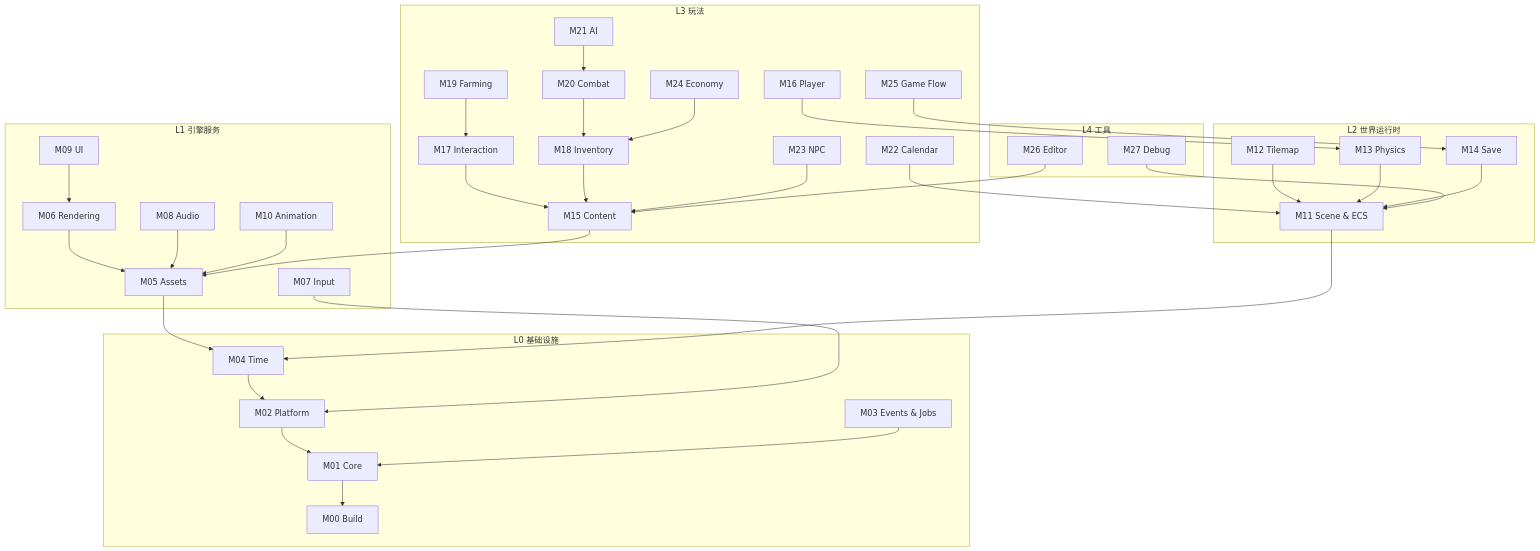
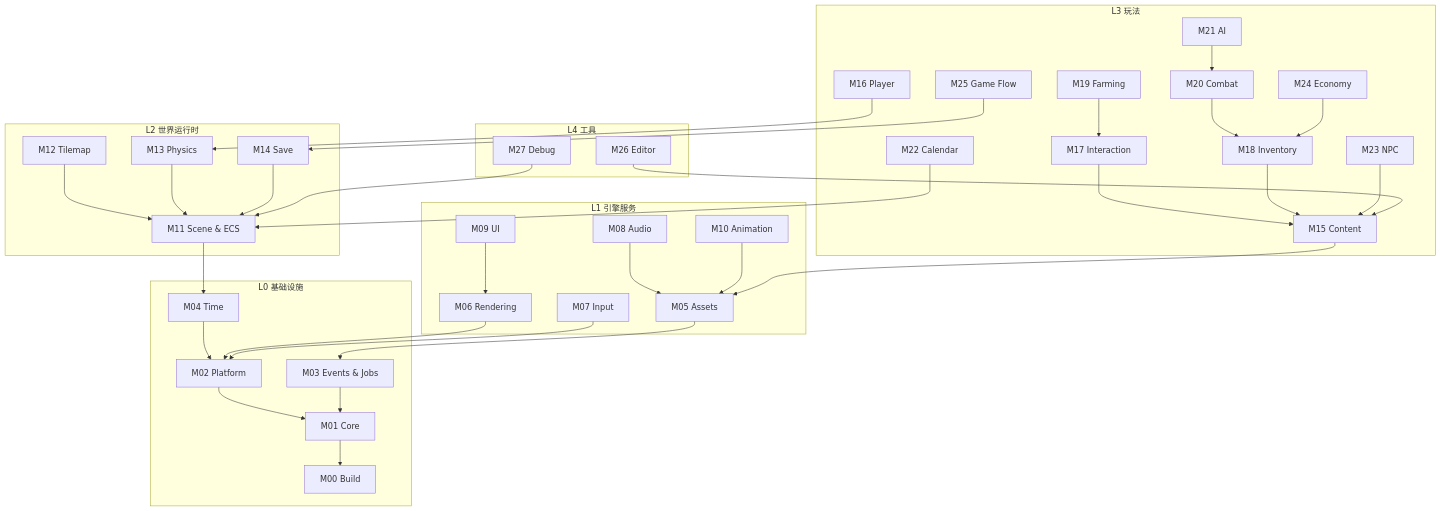
One commit to Narciostyx/Florian-s-Adventure changed the diagram in docs/architecture/module-map.md. Above: the diagram before and after it, drawn with Mermaid. The commit also changed other lines of this file and 10 other files, not shown here.

````diff
--- a/docs/architecture/module-map.md
+++ b/docs/architecture/module-map.md
@@ -40,68 +40,68 @@
 ```mermaid
 flowchart TB
   subgraph L0[L0 基础设施]
     M00[M00 Build]
     M01[M01 Core]
     M02[M02 Platform]
     M03[M03 Events & Jobs]
     M04[M04 Time]
   end
   subgraph L1[L1 引擎服务]
     M05[M05 Assets]
     M06[M06 Rendering]
     M07[M07 Input]
     M08[M08 Audio]
     M09[M09 UI]
     M10[M10 Animation]
   end
   subgraph L2[L2 世界运行时]
     M11[M11 Scene & ECS]
     M12[M12 Tilemap]
     M13[M13 Physics]
     M14[M14 Save]
   end
   subgraph L3[L3 玩法]
     M15[M15 Content]
     M16[M16 Player]
     M17[M17 Interaction]
     M18[M18 Inventory]
     M19[M19 Farming]
     M20[M20 Combat]
     M21[M21 AI]
     M22[M22 Calendar]
     M23[M23 NPC]
     M24[M24 Economy]
     M25[M25 Game Flow]
   end
   subgraph L4[L4 工具]
     M26[M26 Editor]
     M27[M27 Debug]
   end
   M01 --> M00
   M02 --> M01
   M03 --> M01
   M04 --> M02
-  M05 --> M04
-  M06 --> M05
+  M05 --> M03
+  M06 --> M02
   M07 --> M02
   M08 --> M05
   M09 --> M06
   M10 --> M05
   M11 --> M04
   M12 --> M11
   M13 --> M11
   M14 --> M11
   M15 --> M05
   M16 --> M13
   M17 --> M15
   M18 --> M15
   M19 --> M17
   M20 --> M18
   M21 --> M20
   M22 --> M11
   M23 --> M15
   M24 --> M18
   M25 --> M14
   M26 --> M15
   M27 --> M11
 ```
````
